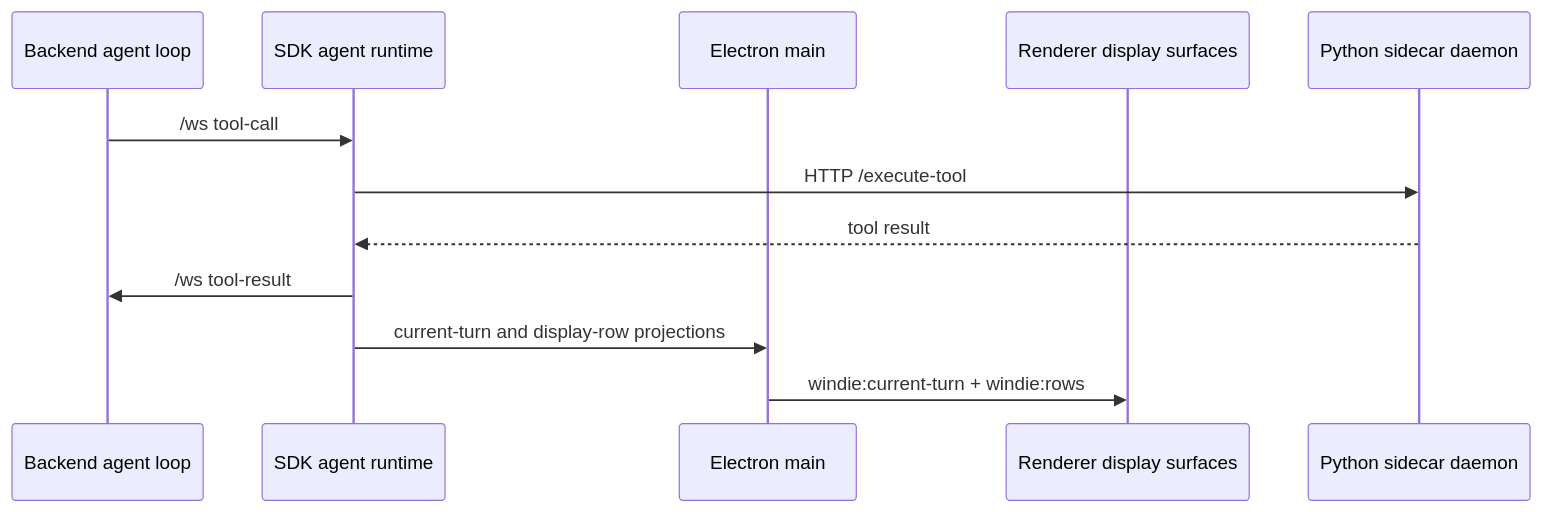
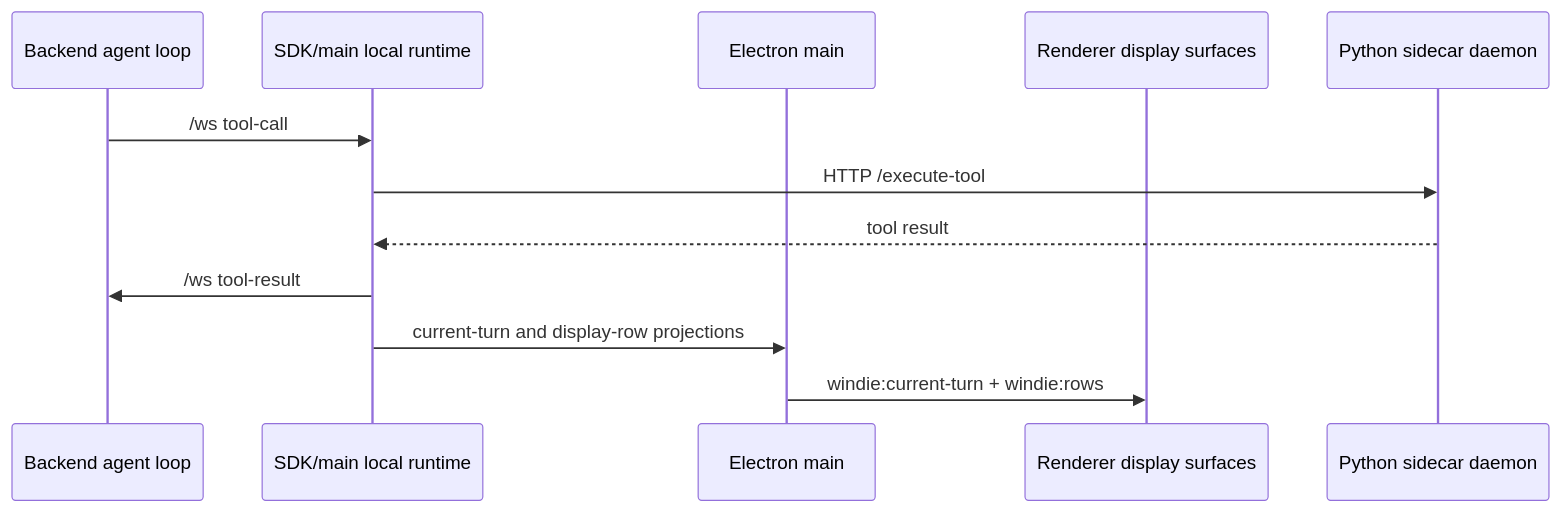
The diagram in docs/channels/sidecar_and_tool_channels.md (buiilding/My_Own_OpenClaw), drawn with Mermaid before and after one commit. The commit also changed other lines of this file and 6 other files, not shown here.

First line of the commit message:
docs(channels): align local tool runtime routing

````diff
--- a/docs/channels/sidecar_and_tool_channels.md
+++ b/docs/channels/sidecar_and_tool_channels.md
@@ -15,15 +15,15 @@
 ```mermaid
 sequenceDiagram
     participant Backend as Backend agent loop
-    participant SDK as SDK agent runtime
+    participant SDK as SDK/main local runtime
     participant Main as Electron main
     participant Renderer as Renderer display surfaces
     participant Sidecar as Python sidecar daemon
 
     Backend->>SDK: /ws tool-call
     SDK->>Sidecar: HTTP /execute-tool
     Sidecar-->>SDK: tool result
     SDK->>Backend: /ws tool-result
     SDK->>Main: current-turn and display-row projections
     Main->>Renderer: windie:current-turn + windie:rows
 ```
````
